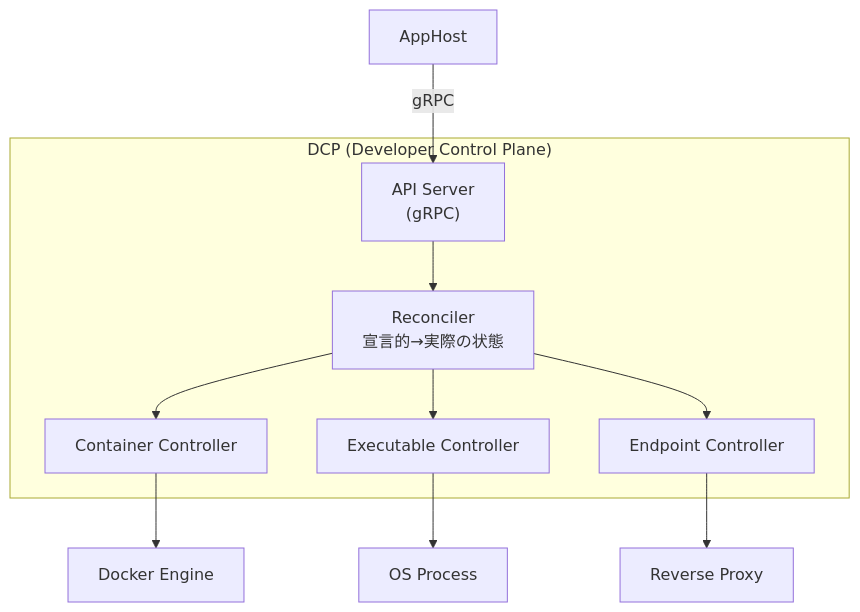
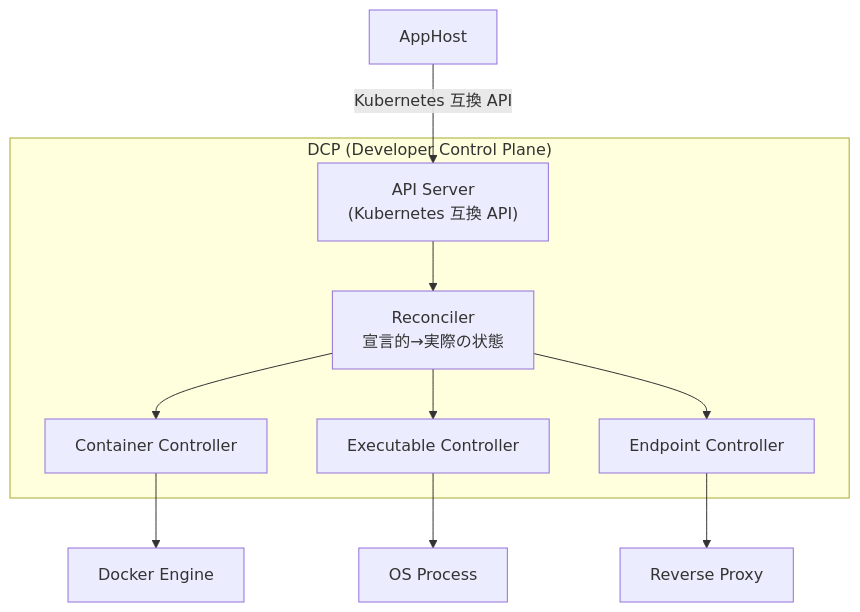
The fifth of 18 diagrams in content/blog/ja/dotnet-aspire.mdx (yoichiozaki/yoichiozaki.github.io), drawn with Mermaid before and after one commit. The commit also changed other lines of this file and 116 other files, not shown here.

````diff
--- a/content/blog/ja/dotnet-aspire.mdx
+++ b/content/blog/ja/dotnet-aspire.mdx
@@ -307,20 +305,20 @@
 ```mermaid
 graph TD
     subgraph DCP["DCP (Developer Control Plane)"]
-        APIServer["API Server<br/>(gRPC)"]
+        APIServer["API Server<br/>(Kubernetes 互換 API)"]
         Reconciler["Reconciler<br/>宣言的→実際の状態"]
         ContainerCtrl["Container Controller"]
         ExecCtrl["Executable Controller"]
         EndpointCtrl["Endpoint Controller"]
     end
 
-    AppHost["AppHost"] -->|gRPC| APIServer
+    AppHost["AppHost"] -->|Kubernetes 互換 API| APIServer
     APIServer --> Reconciler
     Reconciler --> ContainerCtrl
     Reconciler --> ExecCtrl
     Reconciler --> EndpointCtrl
 
     ContainerCtrl --> Docker["Docker Engine"]
     ExecCtrl --> Process["OS Process"]
     EndpointCtrl --> Proxy["Reverse Proxy"]
 ```
````
